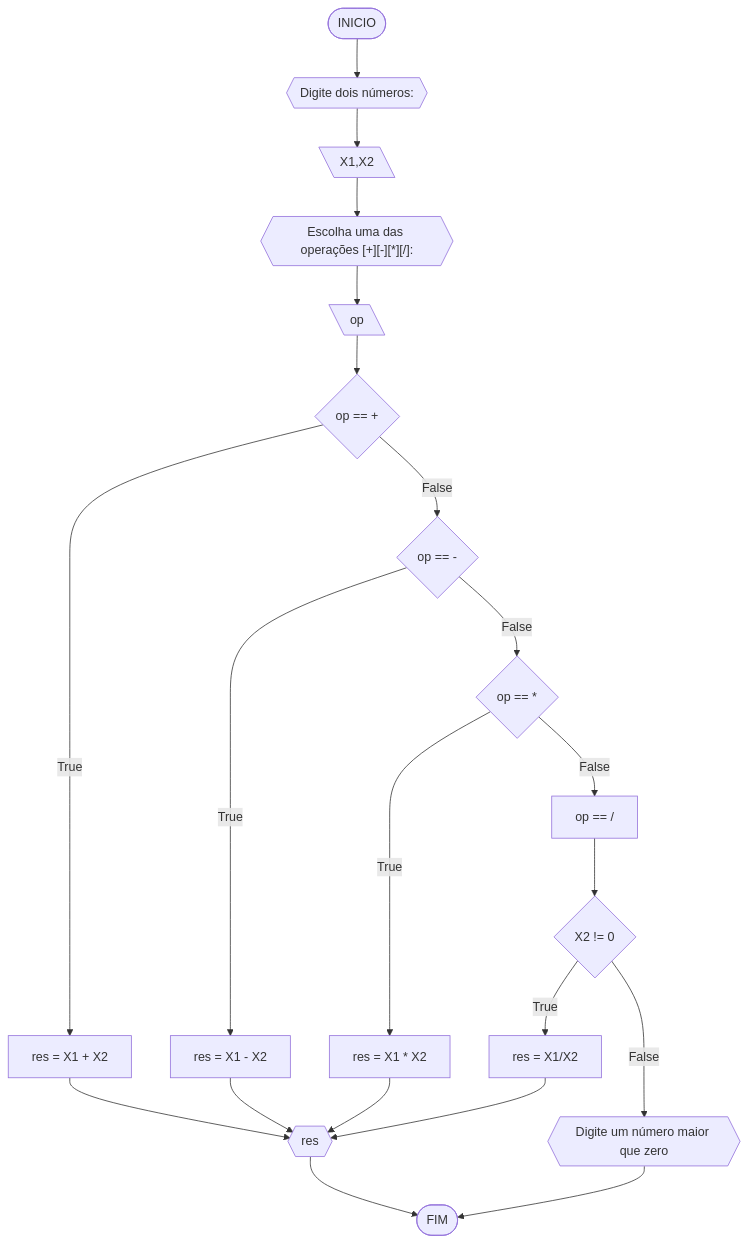
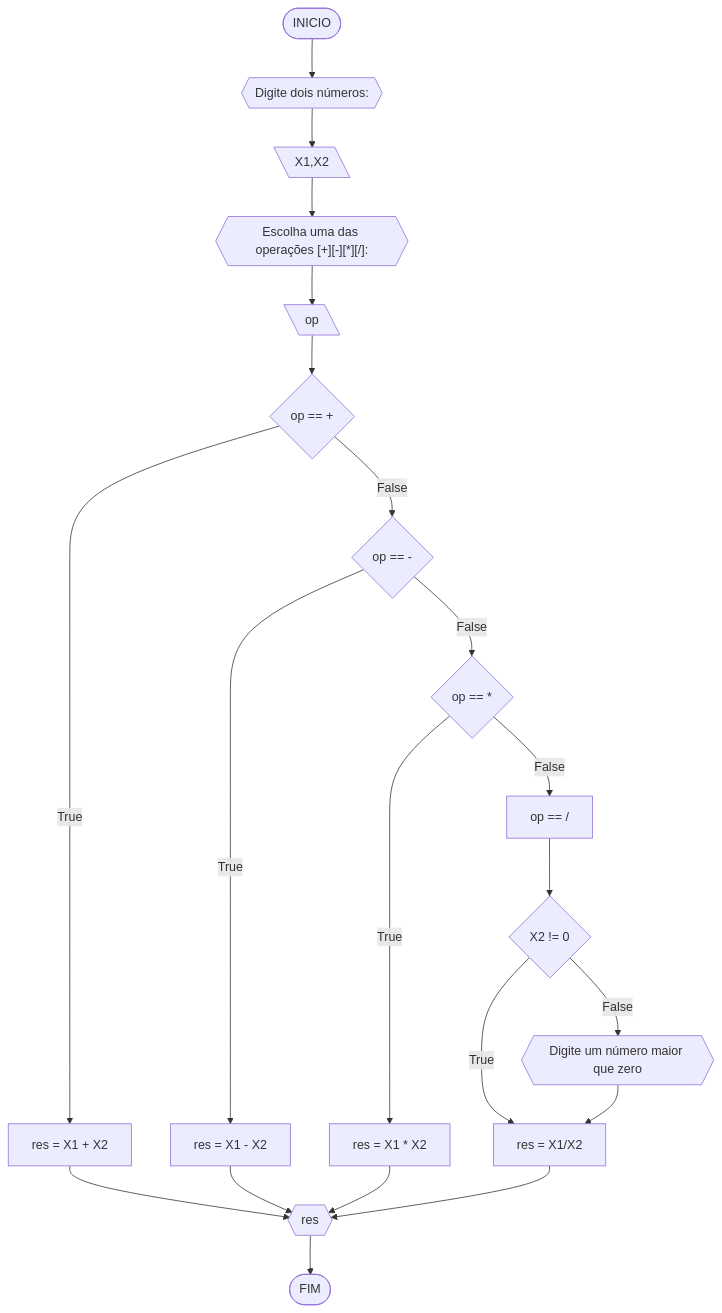
Before and after one commit to yeesusu/UNIFOR: the fourth of 5 diagrams in RLA/Unid1/RLA3/lista2.md, drawn with Mermaid.

````diff
--- a/RLA/Unid1/RLA3/lista2.md
+++ b/RLA/Unid1/RLA3/lista2.md
@@ -128,23 +128,23 @@
 ```mermaid
 flowchart TD
 A([INICIO]) --> B{{"Digite dois números: "}}
 B --> C[\X1,X2\]
 C --> D{{"Escolha uma das operações [+][-][*][/]: "}}
 D --> E[\op\]
 E --> F{"op == +"}
 F --True--> G[res = X1 + X2]
 G --> H{{"res"}}
 F --False--> I{"op == -"}
 I --True--> J[res = X1 - X2]
 J --> H
 I --False--> K{"op == *"}
 K --True--> L[res = X1 * X2]
 L --> H
 K --False--> M["op == /"]
 M--> N{"X2 != 0"}
 N --True--> O[res = X1/X2]
 O --> H
 N --False--> P{{"Digite um número maior que zero"}}
-P --> Z([FIM])
-H --> Z
+P --> O
+H --> Z([FIM])
 ```
````
